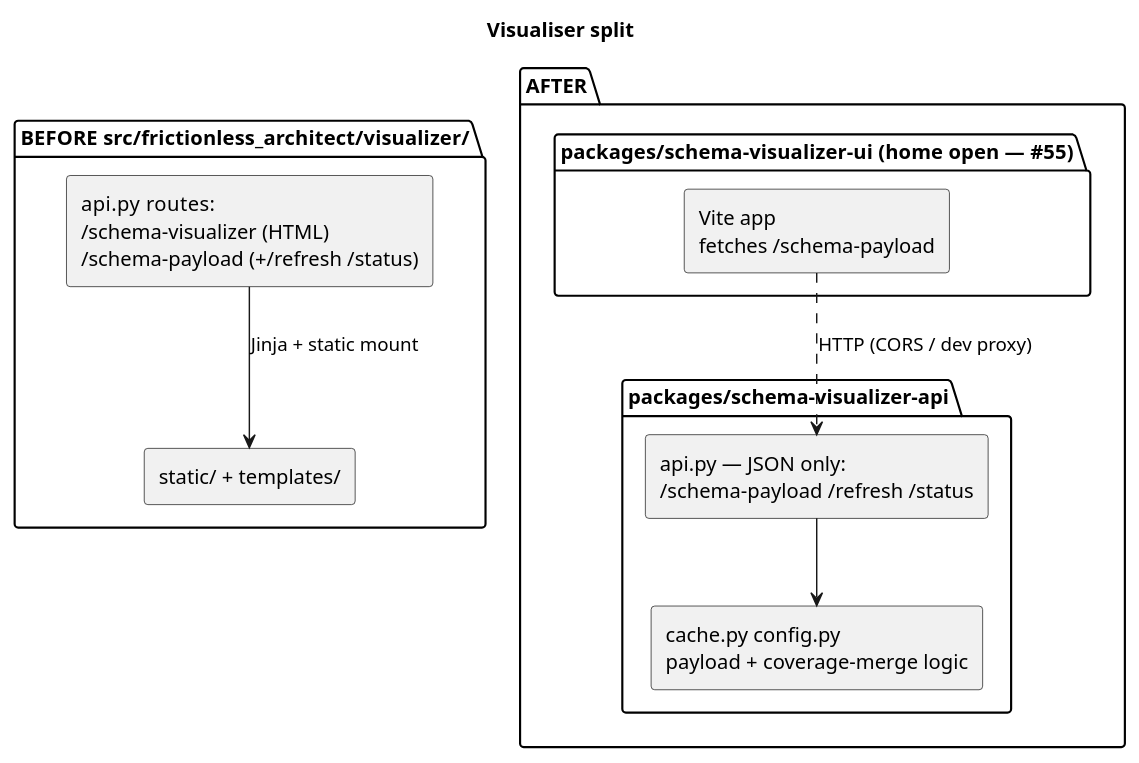
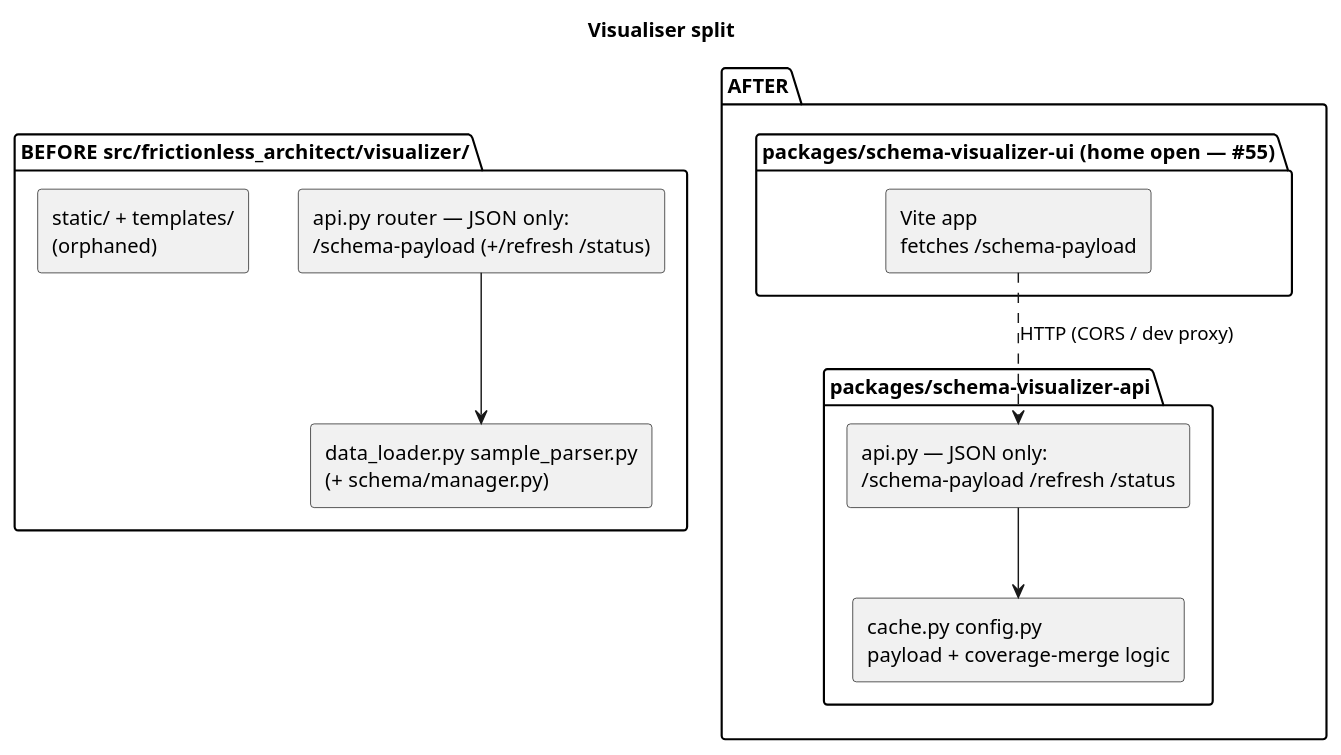
The third of 3 diagrams in ARCHITECTURE.md (wolffy-au/frictionless-architect), drawn with PlantUML before and after one commit. The commit also changed other lines of this file, not shown here.

First line of the commit message:
docs(architecture): align §8.1 and §10 with ADR-0005

````diff
--- a/ARCHITECTURE.md
+++ b/ARCHITECTURE.md
@@ -267,24 +273,25 @@
 ```plantuml
 @startuml
 title Visualiser split
 skinparam componentStyle rectangle
 
 package "BEFORE  src/frictionless_architect/visualizer/" {
-  [api.py  routes:\n/schema-visualizer (HTML)\n/schema-payload (+/refresh /status)] as before_api
-  [static/ + templates/] as before_ui
-  before_api --> before_ui : Jinja + static mount
+  [api.py  router — JSON only:\n/schema-payload (+/refresh /status)] as before_api
+  [data_loader.py sample_parser.py\n(+ schema/manager.py)] as before_kg
+  [static/ + templates/\n(orphaned)] as before_ui
+  before_api --> before_kg
 }
 
 package "AFTER" {
   package "packages/schema-visualizer-api" {
     [api.py — JSON only:\n/schema-payload /refresh /status] as after_api
     [cache.py config.py\npayload + coverage-merge logic] as after_lib
     after_api --> after_lib
   }
   package "packages/schema-visualizer-ui  (home open — #55)" {
     [Vite app\nfetches /schema-payload] as after_ui
   }
   after_ui ..> after_api : HTTP (CORS / dev proxy)
 }
 @enduml
 ```
````
